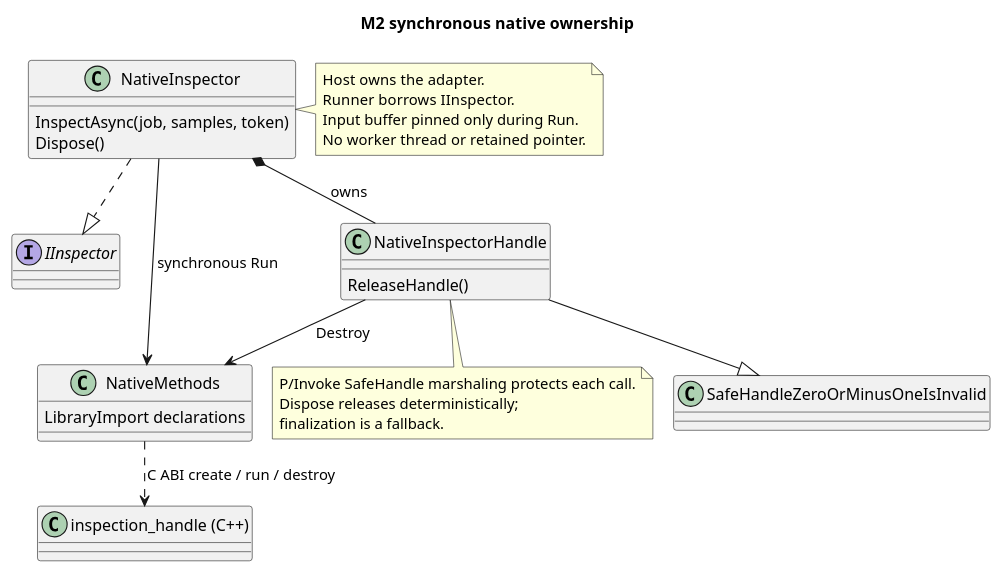
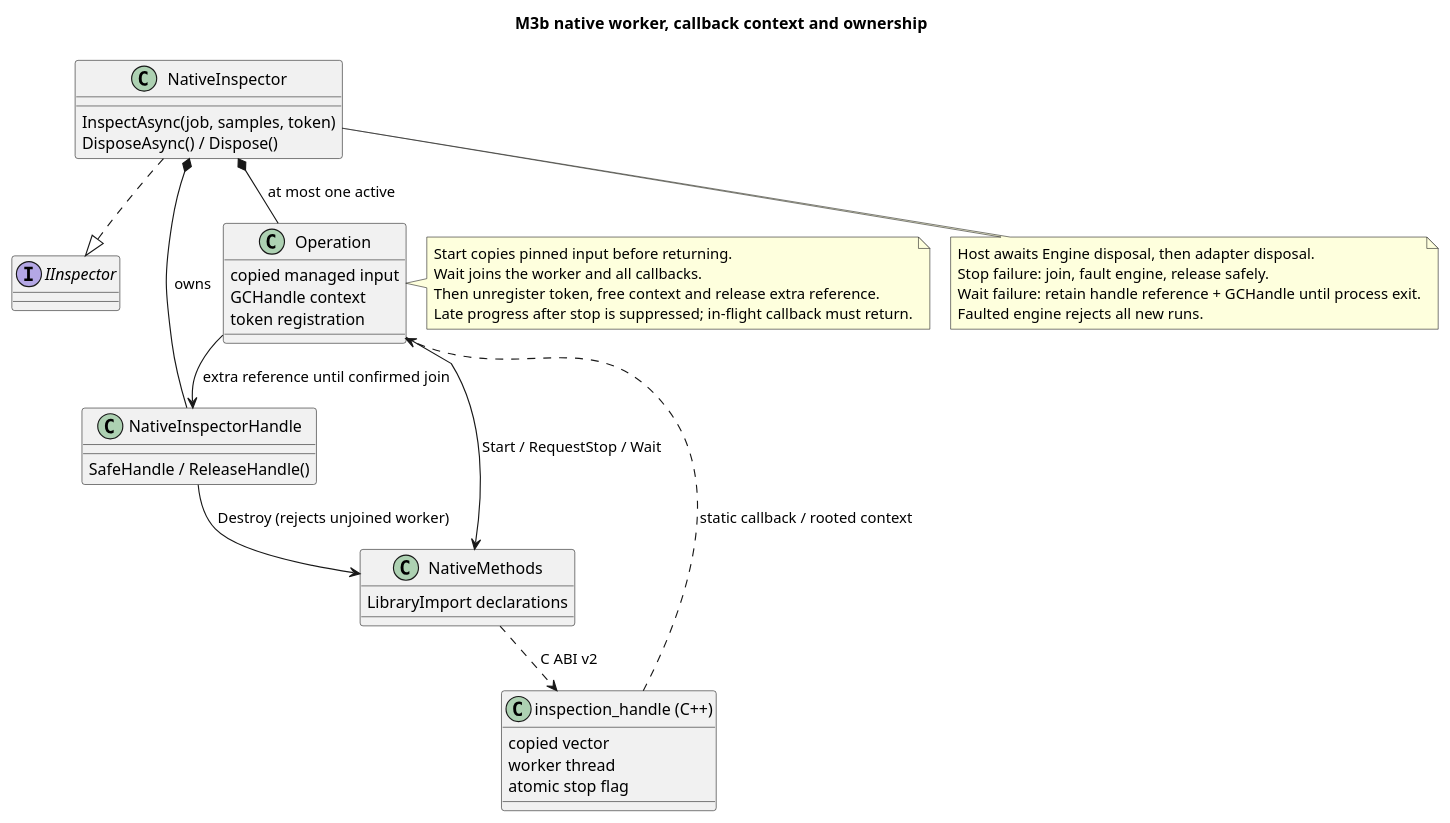
One commit to Myoungmin/CSharp-InspectionCore-Lab changed the diagram in docs/diagrams/native-interop.puml. Above: the diagram before and after it, drawn with PlantUML. The commit also changed 43 other files, not shown here.

Commit message:
feat: add native asynchronous lifecycle and safe shutdown

```diff
--- a/docs/diagrams/native-interop.puml
+++ b/docs/diagrams/native-interop.puml
@@ -1,34 +1,45 @@
 @startuml native-interop
 !pragma layout smetana
-title M2 synchronous native ownership
+title M3b native worker, callback context and ownership
 interface IInspector
 class NativeInspector {
   InspectAsync(job, samples, token)
-  Dispose()
+  DisposeAsync() / Dispose()
+}
+class Operation {
+  copied managed input
+  GCHandle context
+  token registration
 }
 class NativeInspectorHandle {
-  ReleaseHandle()
+  SafeHandle / ReleaseHandle()
 }
-class SafeHandleZeroOrMinusOneIsInvalid
 class NativeMethods {
   LibraryImport declarations
 }
-class "inspection_handle (C++)" as NativeObject
+class "inspection_handle (C++)" as NativeObject {
+  copied vector
+  worker thread
+  atomic stop flag
+}
 NativeInspector ..|> IInspector
 NativeInspector *-- NativeInspectorHandle : owns
-NativeInspectorHandle --|> SafeHandleZeroOrMinusOneIsInvalid
-NativeInspector --> NativeMethods : synchronous Run
-NativeInspectorHandle --> NativeMethods : Destroy
-NativeMethods ..> NativeObject : C ABI create / run / destroy
-note right of NativeInspector
-Host owns the adapter.
-Runner borrows IInspector.
-Input buffer pinned only during Run.
-No worker thread or retained pointer.
+NativeInspector *-- Operation : at most one active
+Operation --> NativeMethods : Start / RequestStop / Wait
+Operation --> NativeInspectorHandle : extra reference until confirmed join
+NativeInspectorHandle --> NativeMethods : Destroy (rejects unjoined worker)
+NativeMethods ..> NativeObject : C ABI v2
+NativeObject ..> Operation : static callback / rooted context
+note right of Operation
+Start copies pinned input before returning.
+Wait joins the worker and all callbacks.
+Then unregister token, free context and release extra reference.
+Late progress after stop is suppressed; in-flight callback must return.
 end note
-note bottom of NativeInspectorHandle
-P/Invoke SafeHandle marshaling protects each call.
-Dispose releases deterministically;
-finalization is a fallback.
+note bottom of NativeInspector
+Host awaits Engine disposal, then adapter disposal.
+Stop failure: join, fault engine, release safely.
+Wait failure: retain handle reference + GCHandle until process exit.
+Faulted engine rejects all new runs.
 end note
 @enduml
```
